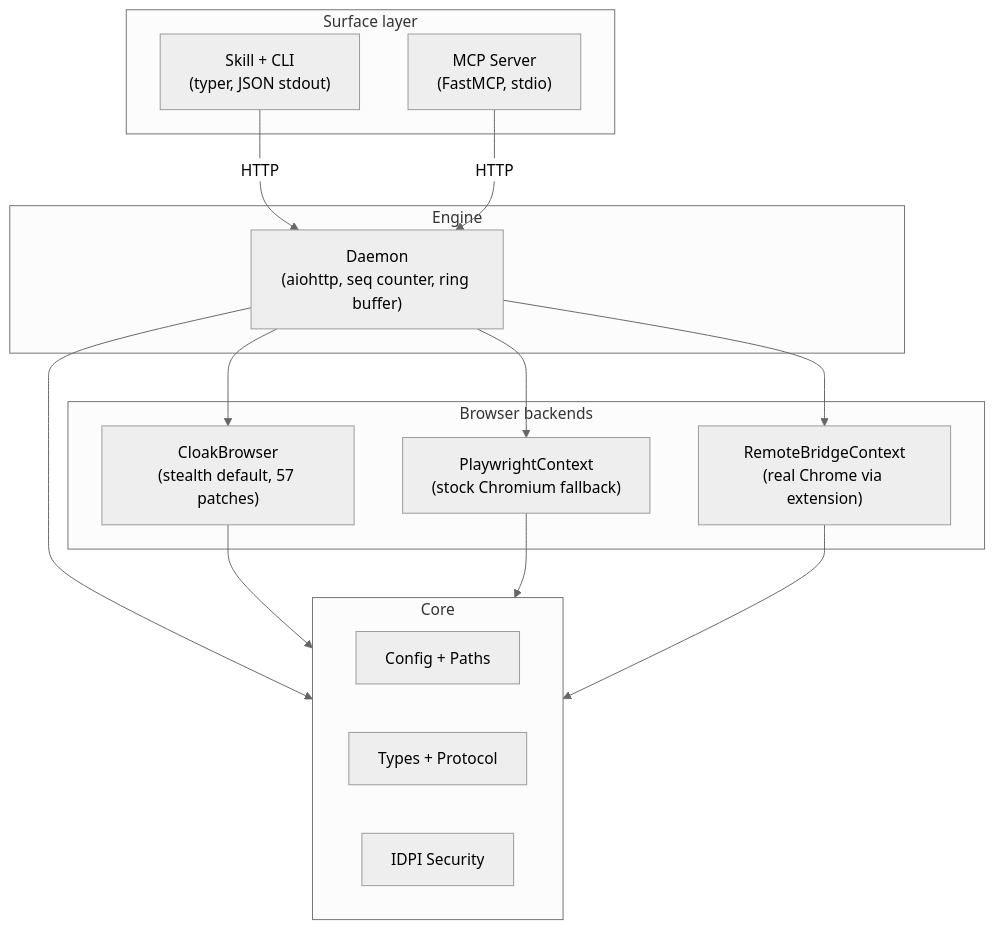
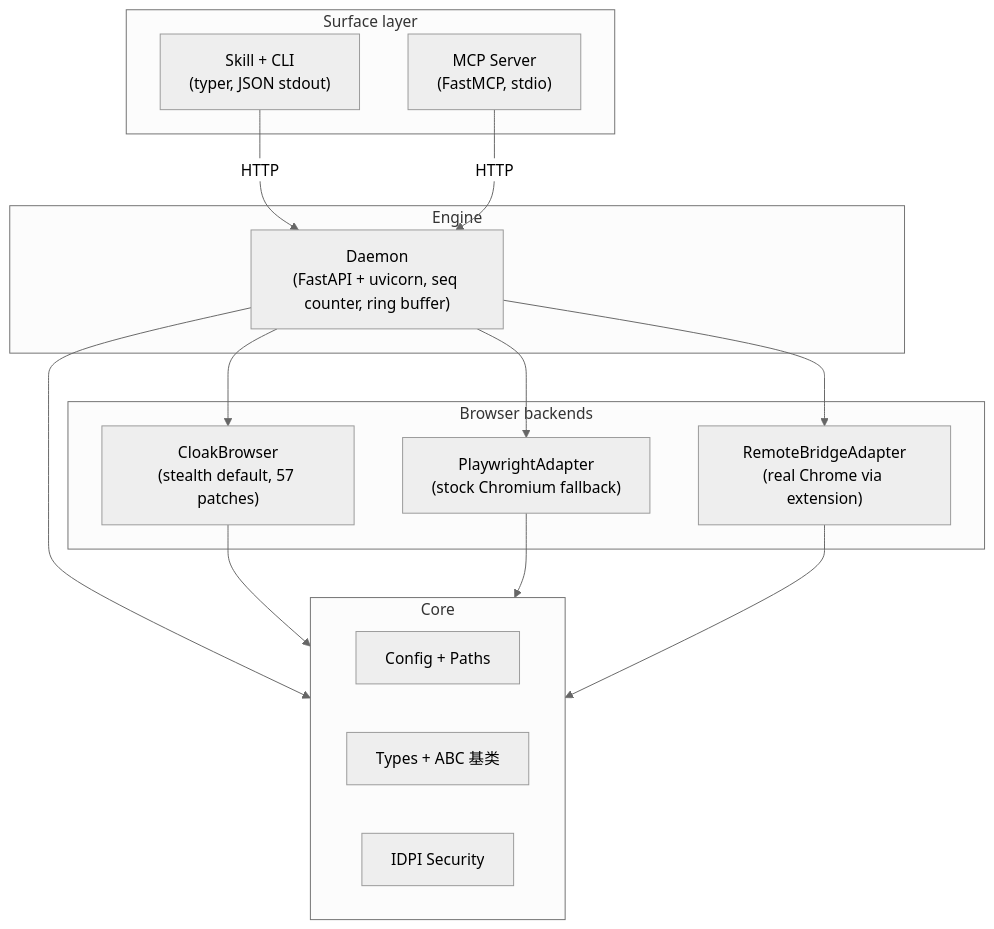
The diagram in docs/zh/explanation/architecture.md (shayu01/agentcloak), drawn with Mermaid (neutral theme) before and after one commit. The commit also changed other lines of this file and 11 other files, not shown here.

````diff
--- a/docs/zh/explanation/architecture.md
+++ b/docs/zh/explanation/architecture.md
@@ -7,33 +7,33 @@
 ```mermaid
 graph TD
     subgraph Surface["Surface layer"]
         Skill["Skill + CLI<br/>(typer, JSON stdout)"]
         MCP["MCP Server<br/>(FastMCP, stdio)"]
     end
 
     subgraph Engine["Engine"]
-        Daemon["Daemon<br/>(aiohttp, seq counter, ring buffer)"]
+        Daemon["Daemon<br/>(FastAPI + uvicorn, seq counter, ring buffer)"]
     end
 
     subgraph Backends["Browser backends"]
         Cloak["CloakBrowser<br/>(stealth default, 57 patches)"]
-        PW["PlaywrightContext<br/>(stock Chromium fallback)"]
-        Bridge["RemoteBridgeContext<br/>(real Chrome via extension)"]
+        PW["PlaywrightAdapter<br/>(stock Chromium fallback)"]
+        Bridge["RemoteBridgeAdapter<br/>(real Chrome via extension)"]
     end
 
     subgraph Core["Core"]
         Config["Config + Paths"]
-        Types["Types + Protocol"]
+        Types["Types + ABC 基类"]
         Security["IDPI Security"]
     end
 
     Skill -->|HTTP| Daemon
     MCP -->|HTTP| Daemon
     Daemon --> Cloak
     Daemon --> PW
     Daemon --> Bridge
     Daemon --> Core
     Cloak --> Core
     PW --> Core
     Bridge --> Core
 ```
````
